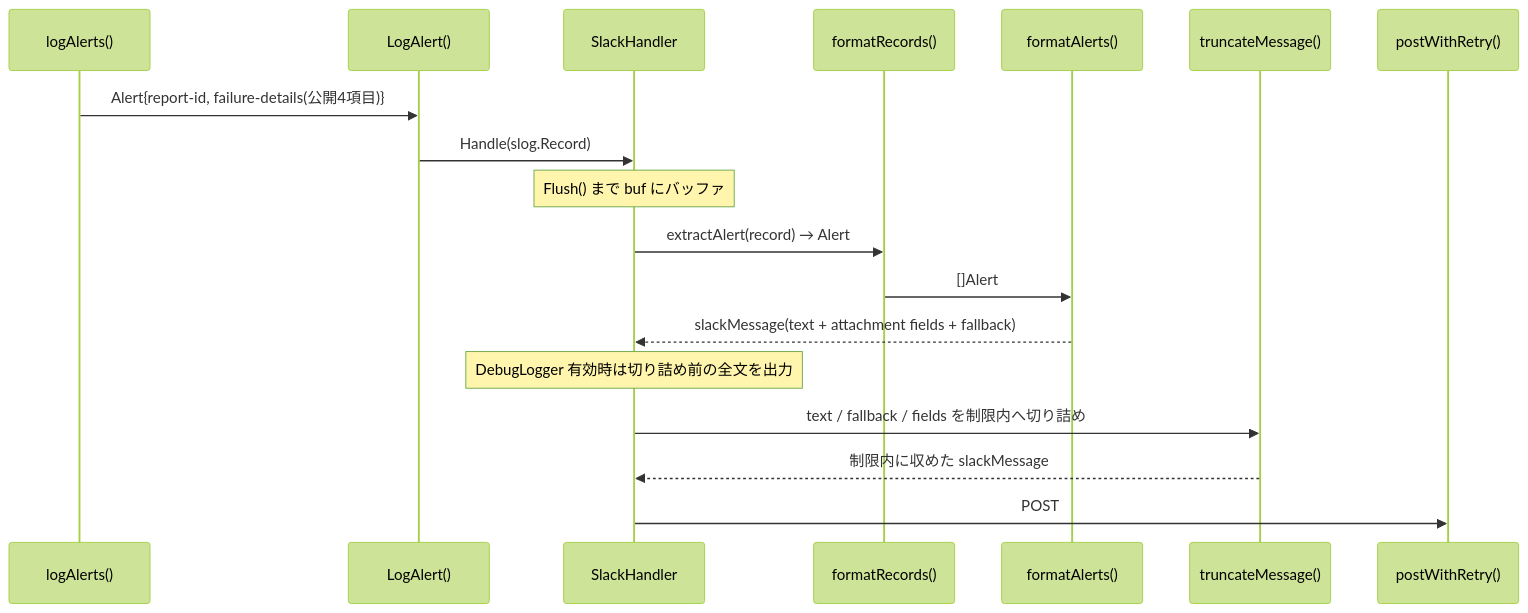
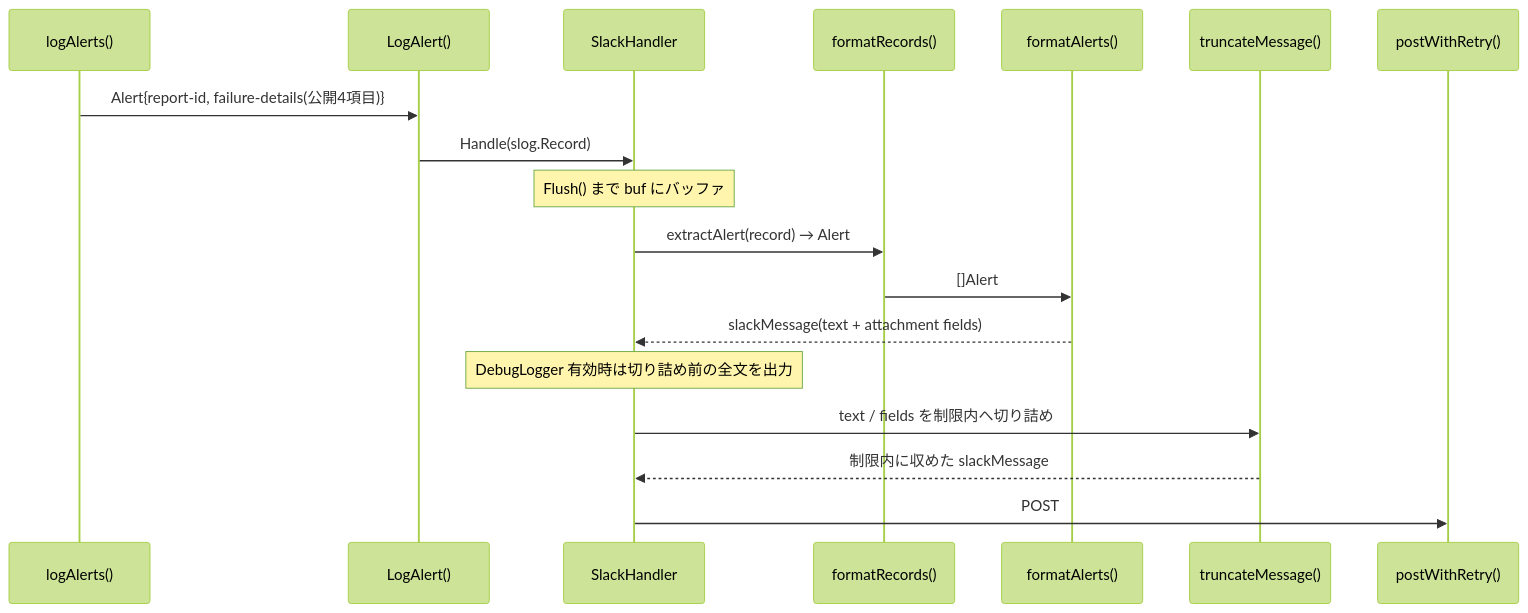
One commit to isseis/tlsrpt-digest changed the third of 3 diagrams in docs/tasks/0101_slack_alert_format/02_architecture.md. Above: the diagram before and after it, drawn with Mermaid (forest theme). The commit also changed other lines of this file and 1 other file, not shown here.

First line of the commit message:
docs(0101): remove fallback references from task documents

````diff
--- a/docs/tasks/0101_slack_alert_format/02_architecture.md
+++ b/docs/tasks/0101_slack_alert_format/02_architecture.md
@@ -103,21 +103,21 @@
 ```mermaid
 sequenceDiagram
     participant CMD as logAlerts()
     participant H as LogAlert()
     participant SH as SlackHandler
     participant F as formatRecords()
     participant FA as formatAlerts()
     participant TR as truncateMessage()
     participant W as postWithRetry()
 
     CMD->>H: Alert{report-id, failure-details(公開4項目)}
     H->>SH: Handle(slog.Record)
     Note over SH: Flush() まで buf にバッファ
     SH->>F: extractAlert(record) → Alert
     F->>FA: []Alert
-    FA-->>SH: slackMessage(text + attachment fields + fallback)
+    FA-->>SH: slackMessage(text + attachment fields)
     Note over SH: DebugLogger 有効時は切り詰め前の全文を出力
-    SH->>TR: text / fallback / fields を制限内へ切り詰め
+    SH->>TR: text / fields を制限内へ切り詰め
     TR-->>SH: 制限内に収めた slackMessage
     SH->>W: POST
 ```
````
